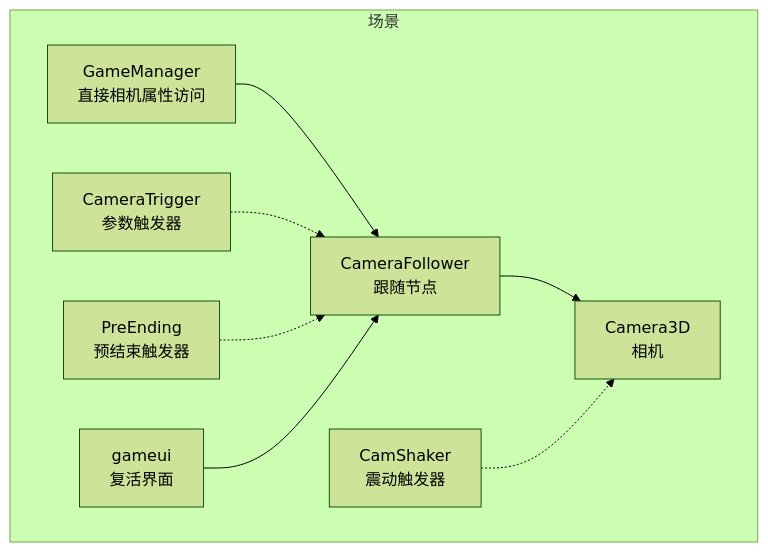
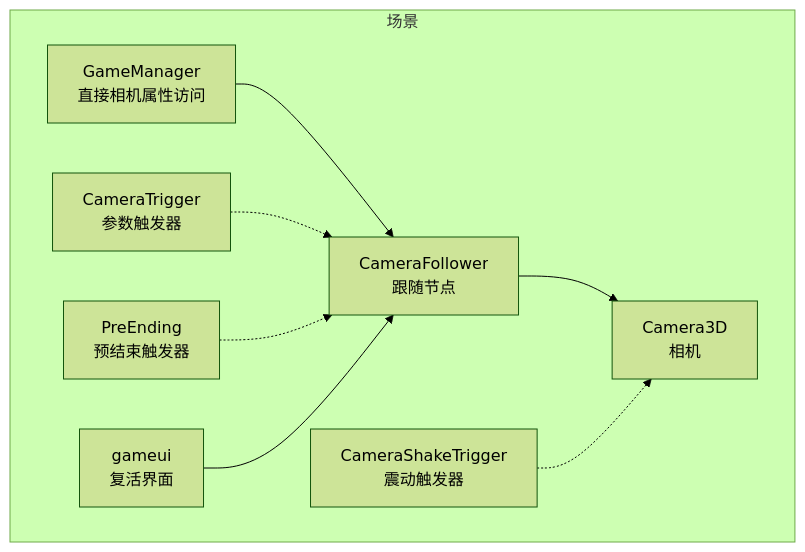
Before and after one commit to godotline/godot-line: the first of 12 diagrams in .qoder/repowiki/zh/content/游戏系统/相机系统/相机跟随系统.md, drawn with Mermaid (forest theme). The commit also changed other lines of this file and 55 other files, not shown here.

````diff
--- a/.qoder/repowiki/zh/content/游戏系统/相机系统/相机跟随系统.md
+++ b/.qoder/repowiki/zh/content/游戏系统/相机系统/相机跟随系统.md
@@ -53,18 +53,18 @@
 ```mermaid
 graph TB
 subgraph "场景"
 GM["GameManager<br/>直接相机属性访问"]
 CF["CameraFollower<br/>跟随节点"]
 CAM["Camera3D<br/>相机"]
 CT["CameraTrigger<br/>参数触发器"]
 PRE["PreEnding<br/>预结束触发器"]
-CS["CamShaker<br/>震动触发器"]
+CSH["CameraShakeTrigger<br/>震动触发器"]
 UI["gameui<br/>复活界面"]
 end
 GM --> CF
 CF --> CAM
 CT -.-> CF
 PRE -.-> CF
-CS -.-> CAM
+CSH -.-> CAM
 UI --> CF
 ```
````
